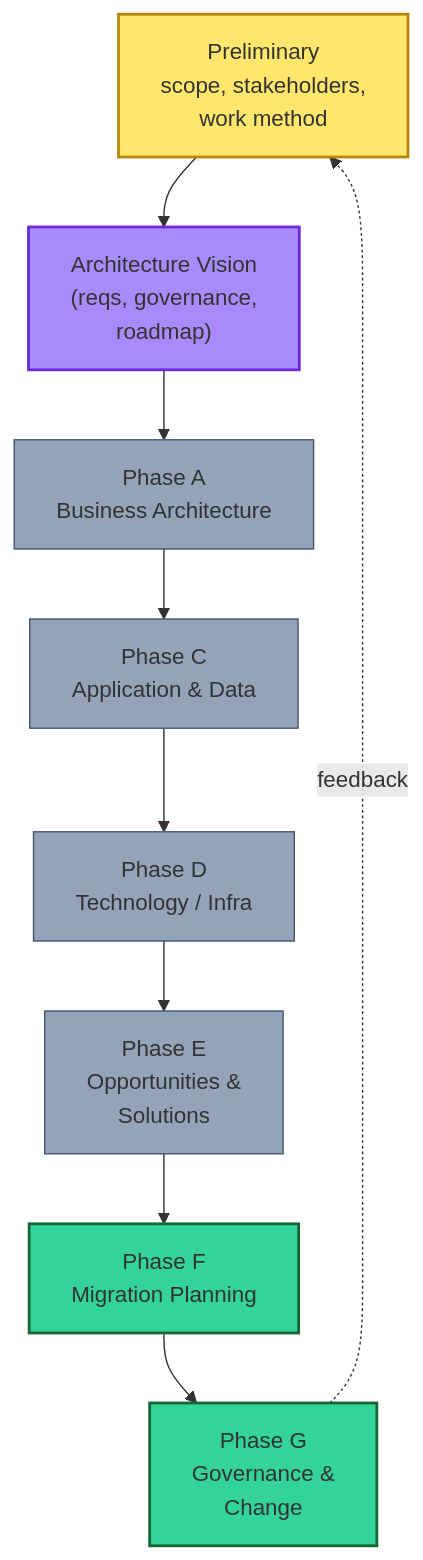
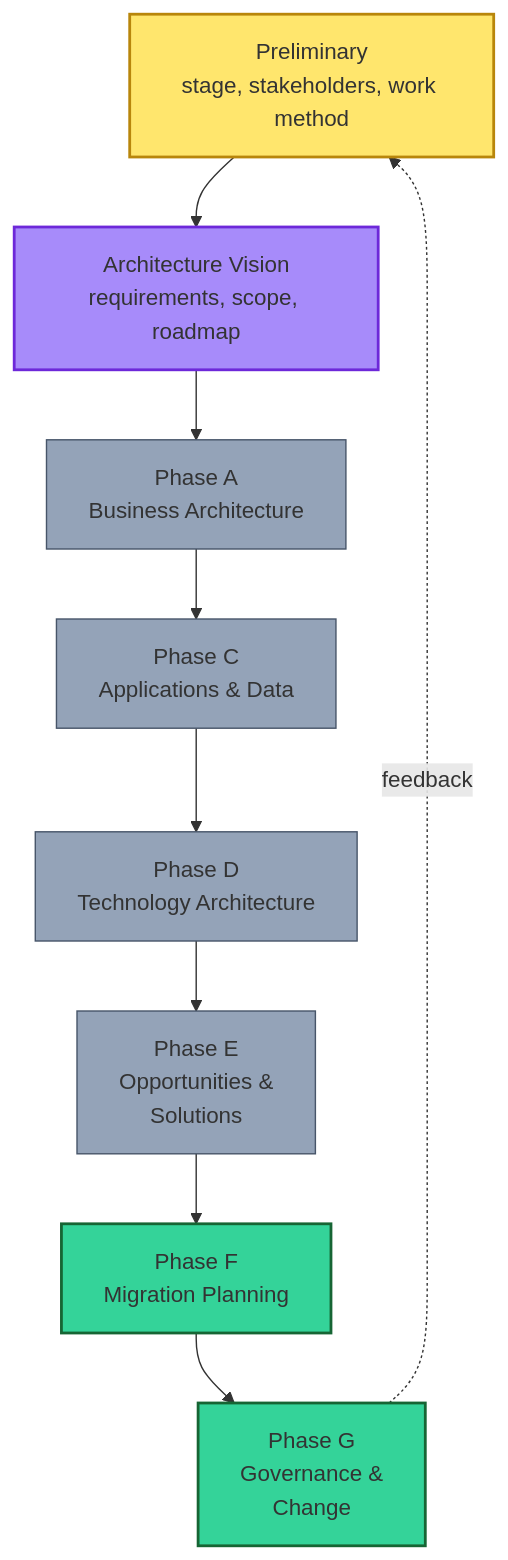
The diagram in 01-Architecture-Docs/briefs/C2-01-togaf.md (nvijaykarthik/architecture-banking-kb), drawn with Mermaid before and after one commit. The commit also changed other lines of this file, not shown here.

Commit message:
docs: generate C2-C10, C4-08, C4-11, C4-12 (66 pairs + 4 singles) w/ Mermaid + banking context

````diff
--- a/01-Architecture-Docs/briefs/C2-01-togaf.md
+++ b/01-Architecture-Docs/briefs/C2-01-togaf.md
@@ -25,18 +75,18 @@
 ```mermaid
 graph TD
     classDef pre fill:#ffe66d,stroke:#b8860b,stroke-width:2px
     classDef vision fill:#a78bfa,stroke:#6d28d9,stroke-width:2px
     classDef core fill:#94a3b8,stroke:#475569,stroke-width:1px
-    classDef govsx fill:#34d399,stroke:#166534,stroke-width:2px
-    Prelim["Preliminary<br/>scope, stakeholders,<br/>work method"]:::pre --> Vision["Architecture Vision<br/>(reqs, governance,<br/>roadmap)"]:::vision
+    classDef gov fill:#34d399,stroke:#166534,stroke-width:2px
+    Prelim["Preliminary<br/>stage, stakeholders, work method"]:::pre --> Vision["Architecture Vision<br/>requirements, scope, roadmap"]:::vision
     Vision --> BA["Phase A<br/>Business Architecture"]:::core
-    BA --> IA["Phase C<br/>Application & Data"]:::core
-    IA --> TA["Phase D<br/>Technology / Infra"]:::core
+    BA --> ISys["Phase C<br/>Applications & Data"]:::core
+    ISys --> TA["Phase D<br/>Technology Architecture"]:::core
     TA --> SO["Phase E<br/>Opportunities &<br/>Solutions"]:::core
-    SO --> MP["Phase F<br/>Migration Planning"]:::govsx
-    MP --> IG["Phase G<br/>Governance &<br/>Change"]:::govsx
+    SO --> MP["Phase F<br/>Migration Planning"]:::gov
+    MP --> IG["Phase G<br/>Governance &<br/>Change"]:::gov
     IG -.->|feedback| Prelim
     class Prelim critical
     class Vision critical
     class IG critical
 ```
````
